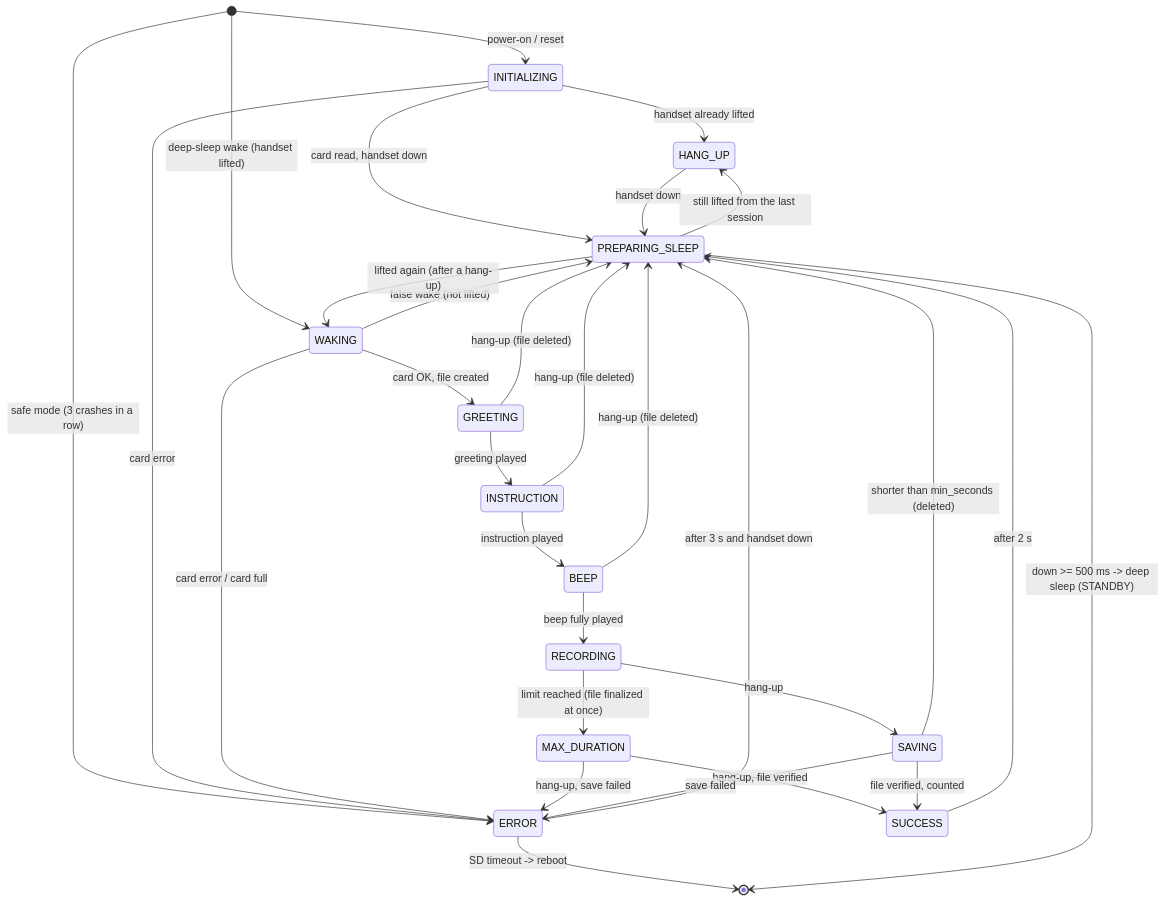
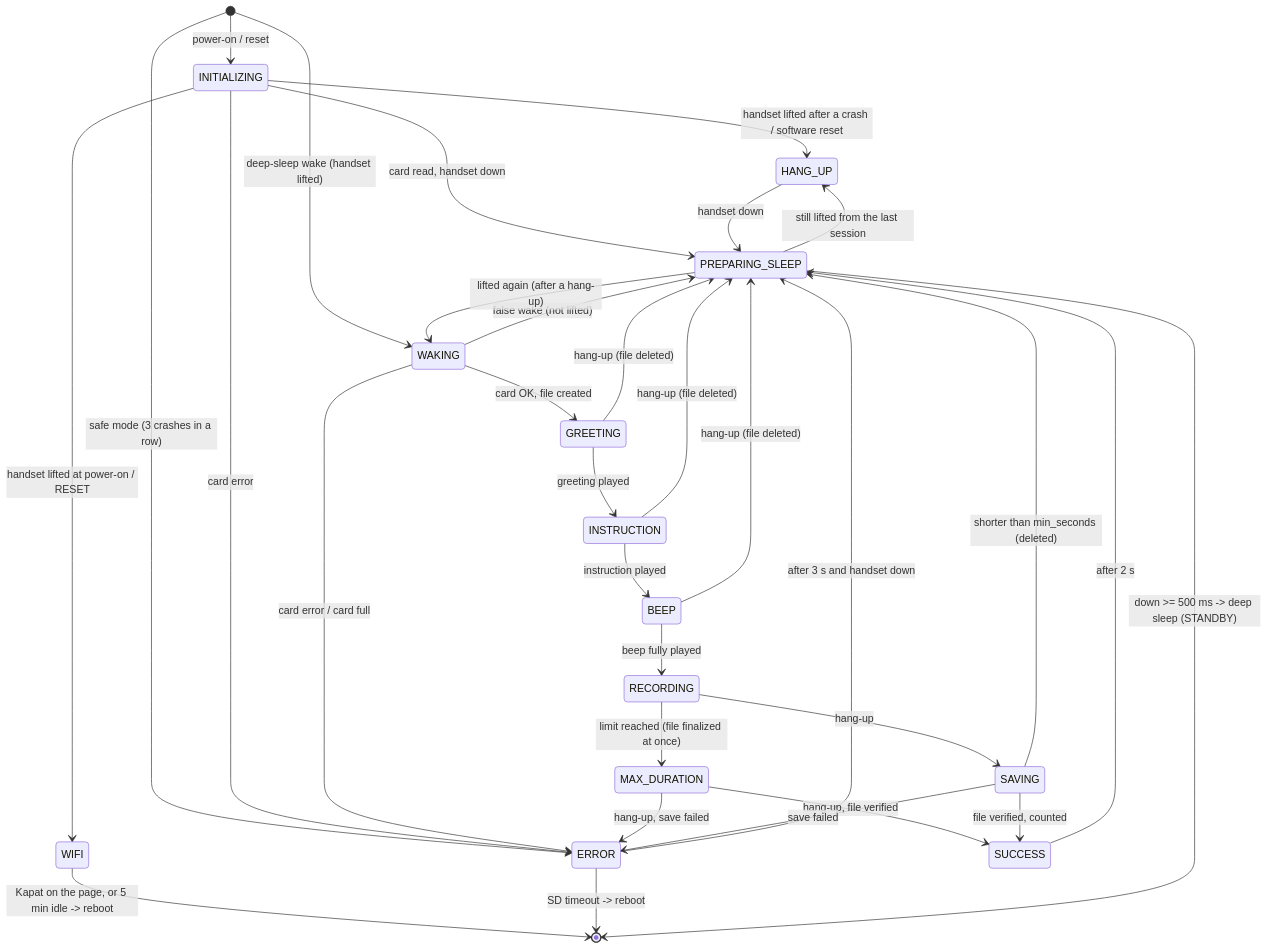
One commit to canerkoroglu/retrodio changed the first of 2 diagrams in docs/architecture.md. Above: the diagram before and after it, drawn with Mermaid. The commit also changed other lines of this file and 25 other files, not shown here.

````diff
--- a/docs/architecture.md
+++ b/docs/architecture.md
@@ -9,38 +9,40 @@
 ```mermaid
 stateDiagram-v2
     [*] --> INITIALIZING: power-on / reset
     [*] --> WAKING: deep-sleep wake (handset lifted)
     [*] --> ERROR: safe mode (3 crashes in a row)
 
-    INITIALIZING --> HANG_UP: handset already lifted
+    INITIALIZING --> HANG_UP: handset lifted after a crash / software reset
+    INITIALIZING --> WIFI: handset lifted at power-on / RESET
     INITIALIZING --> PREPARING_SLEEP: card read, handset down
+    WIFI --> [*]: Kapat on the page, or 5 min idle -> reboot
     INITIALIZING --> ERROR: card error
 
     WAKING --> PREPARING_SLEEP: false wake (not lifted)
     WAKING --> GREETING: card OK, file created
     WAKING --> ERROR: card error / card full
 
     GREETING --> INSTRUCTION: greeting played
     INSTRUCTION --> BEEP: instruction played
     BEEP --> RECORDING: beep fully played
     GREETING --> PREPARING_SLEEP: hang-up (file deleted)
     INSTRUCTION --> PREPARING_SLEEP: hang-up (file deleted)
     BEEP --> PREPARING_SLEEP: hang-up (file deleted)
 
     RECORDING --> SAVING: hang-up
     RECORDING --> MAX_DURATION: limit reached (file finalized at once)
     MAX_DURATION --> SUCCESS: hang-up, file verified
     MAX_DURATION --> ERROR: hang-up, save failed
     SAVING --> SUCCESS: file verified, counted
     SAVING --> PREPARING_SLEEP: shorter than min_seconds (deleted)
     SAVING --> ERROR: save failed
 
     SUCCESS --> PREPARING_SLEEP: after 2 s
     ERROR --> PREPARING_SLEEP: after 3 s and handset down
     ERROR --> [*]: SD timeout -> reboot
     HANG_UP --> PREPARING_SLEEP: handset down
 
     PREPARING_SLEEP --> WAKING: lifted again (after a hang-up)
     PREPARING_SLEEP --> HANG_UP: still lifted from the last session
     PREPARING_SLEEP --> [*]: down >= 500 ms -> deep sleep (STANDBY)
 ```
````
